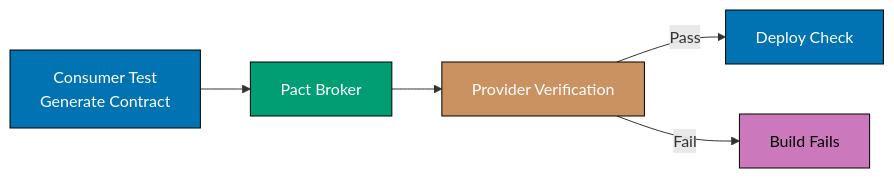
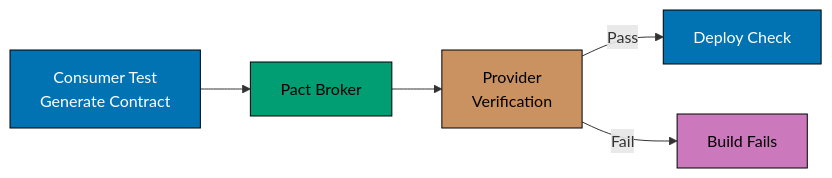
Before and after one commit to wahidyankf/ose-public: the ninth of 9 diagrams in apps/ayokoding-www/content/en/learn/legacy/software-engineering/development/behavior-driven-development-bdd/by-example/intermediate.md, drawn with Mermaid. The commit also changed other lines of this file and 78 other files, not shown here.

First line of the commit message:
fix(mermaid): bring the remaining legacy software-engineering diagrams onto the accessible palette

````diff
--- a/apps/ayokoding-www/content/en/learn/legacy/software-engineering/development/behavior-driven-development-bdd/by-example/intermediate.md
+++ b/apps/ayokoding-www/content/en/learn/legacy/software-engineering/development/behavior-driven-development-bdd/by-example/intermediate.md
@@ -7095,14 +7145,21 @@
 ```mermaid
 %% Color Palette: Blue #0173B2, Orange #DE8F05, Teal #029E73, Purple #CC78BC, Brown #CA9161
 graph LR
+    accTitle: Diagram
+    accDescr: Graph with 5 nodes and 4 connections. Nodes: Consumer Test Generate Contract, Pact Broker, Provider Verification, Deploy Check, Build Fails. Connections: Consumer Test Generate Contract to Pact Broker, Pact Broker to Provider Verification, Provider Verification to Deploy Check (Pass), Provider Verification to Build Fails (Fail).
     A["Consumer Test<br/>Generate Contract"] --> B[Pact Broker]
-    B --> C[Provider Verification]
+    B --> C[Provider<br/>Verification]
     C -- Pass --> D[Deploy Check]
     C -- Fail --> E[Build Fails]
 
-    style A fill:#0173B2,stroke:#000,color:#fff
-    style B fill:#029E73,stroke:#000,color:#fff
-    style C fill:#CA9161,stroke:#000,color:#fff
-    style D fill:#0173B2,stroke:#000,color:#fff
-    style E fill:#CC78BC,stroke:#000,color:#000
+    classDef pal-0173B2 fill:#0173B2,stroke:#000000,color:#FFFFFF
+    class A pal-0173B2
+    classDef pal-029E73 fill:#029E73,stroke:#000000,color:#000000
+    class B pal-029E73
+    classDef pal-CA9161 fill:#CA9161,stroke:#000000,color:#000000
+    class C pal-CA9161
+    class D pal-0173B2
+    classDef pal-CC78BC fill:#CC78BC,stroke:#000000,color:#000000
+    class E pal-CC78BC
+    classDef default fill:#FFFFFF,stroke:#000000,color:#000000
 ```
````
